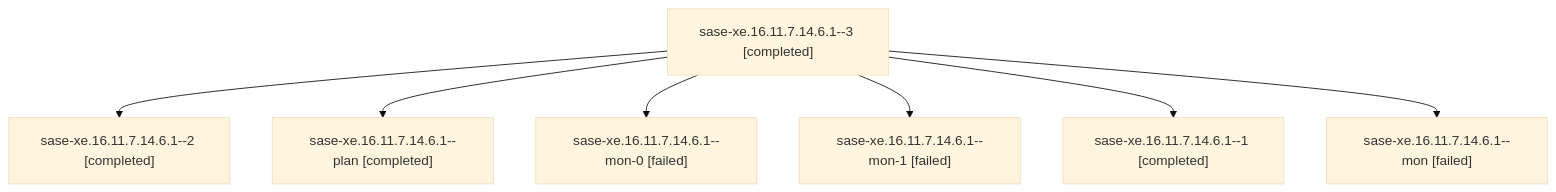
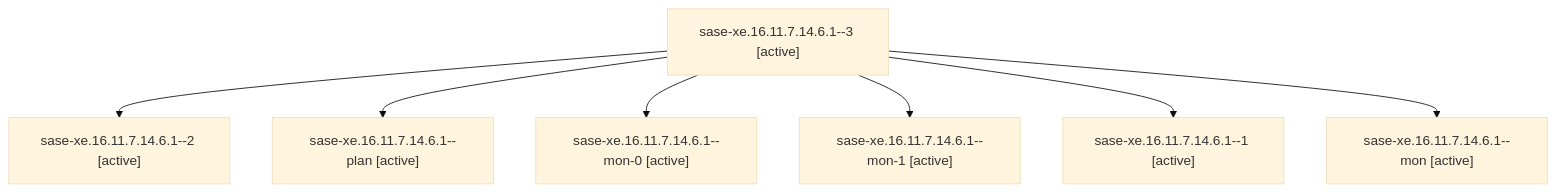
Before and after one commit to sase-org/sase--agents: the diagram in families/bbugyi200.athena.sase-xe.16.11.7.14.6.1.md, drawn with Mermaid (base theme). The commit also changed other lines of this file and 35830 other files, not shown here.

````diff
--- a/families/bbugyi200.athena.sase-xe.16.11.7.14.6.1.md
+++ b/families/bbugyi200.athena.sase-xe.16.11.7.14.6.1.md
@@ -9,16 +9,16 @@
 ```mermaid
 flowchart TD
-  n0["sase-xe.16.11.7.14.6.1--3 [completed]"]
-  n1["sase-xe.16.11.7.14.6.1--2 [completed]"]
+  n0["sase-xe.16.11.7.14.6.1--3 [active]"]
+  n1["sase-xe.16.11.7.14.6.1--2 [active]"]
   n0 --> n1
-  n2["sase-xe.16.11.7.14.6.1--plan [completed]"]
+  n2["sase-xe.16.11.7.14.6.1--plan [active]"]
   n0 --> n2
-  n3["sase-xe.16.11.7.14.6.1--mon-0 [failed]"]
+  n3["sase-xe.16.11.7.14.6.1--mon-0 [active]"]
   n0 --> n3
-  n4["sase-xe.16.11.7.14.6.1--mon-1 [failed]"]
+  n4["sase-xe.16.11.7.14.6.1--mon-1 [active]"]
   n0 --> n4
-  n5["sase-xe.16.11.7.14.6.1--1 [completed]"]
+  n5["sase-xe.16.11.7.14.6.1--1 [active]"]
   n0 --> n5
-  n6["sase-xe.16.11.7.14.6.1--mon [failed]"]
+  n6["sase-xe.16.11.7.14.6.1--mon [active]"]
   n0 --> n6
 ```
````
